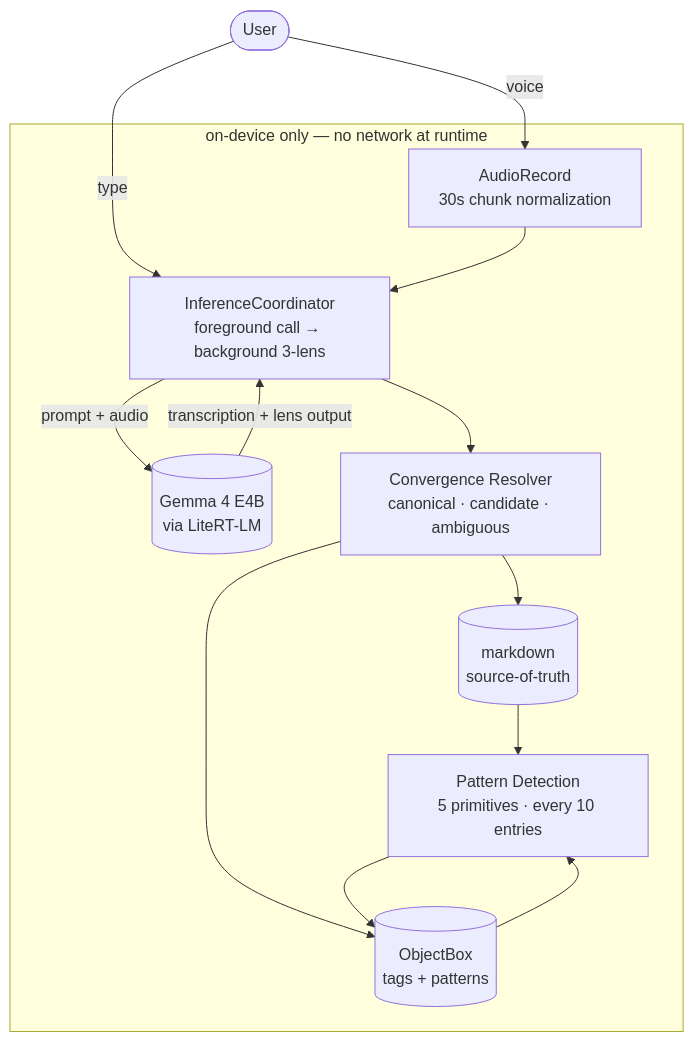
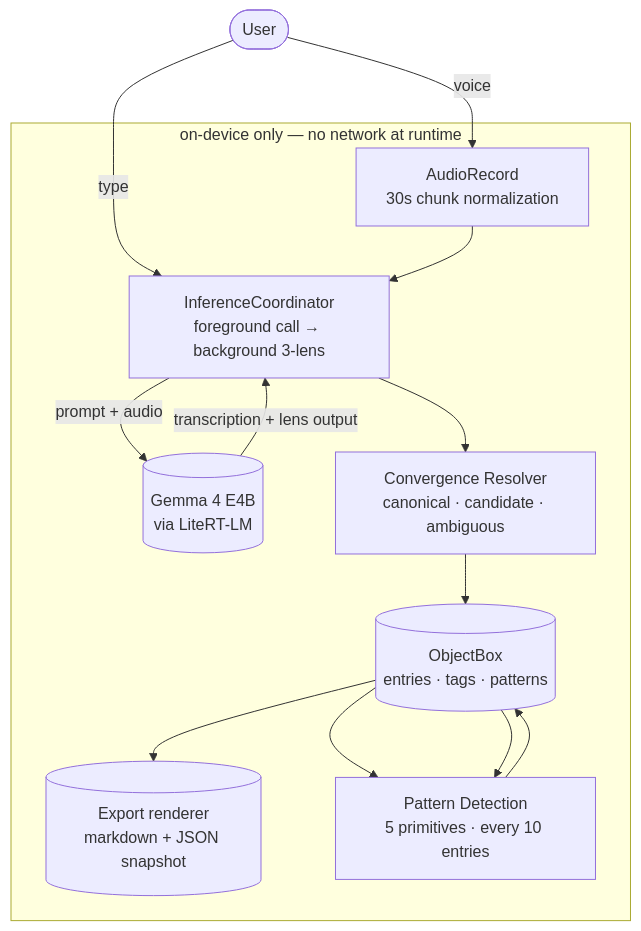
One commit to anchildress1/vestige changed the diagram in README.md. Above: the diagram before and after it, drawn with Mermaid. The commit also changed other lines of this file and 77 other files, not shown here.

First line of the commit message:
feat(storage): make ObjectBox the entry source of truth (#50)

````diff
--- a/README.md
+++ b/README.md
@@ -92,25 +92,25 @@
 ```mermaid
 flowchart TB
     User([User]) -- voice --> Audio
     User -- type --> Coord
 
     subgraph onDevice["on-device only — no network at runtime"]
       Audio["AudioRecord<br/>30s chunk normalization"]
       Coord["InferenceCoordinator<br/>foreground call → background 3-lens"]
       Gemma[("Gemma 4 E4B<br/>via LiteRT-LM")]
       Resolver["Convergence Resolver<br/>canonical · candidate · ambiguous"]
-      Markdown[("markdown<br/>source-of-truth")]
-      ObjectBox[("ObjectBox<br/>tags + patterns")]
+      ObjectBox[("ObjectBox<br/>entries · tags · patterns")]
+      Export[("Export renderer<br/>markdown + JSON snapshot")]
       Patterns["Pattern Detection<br/>5 primitives · every 10 entries"]
 
       Audio --> Coord
       Coord -- "prompt + audio" --> Gemma
       Gemma -- "transcription + lens output" --> Coord
       Coord --> Resolver
-      Resolver --> Markdown
       Resolver --> ObjectBox
-      Markdown --> Patterns
+      ObjectBox --> Patterns
+      ObjectBox --> Export
       ObjectBox --> Patterns
       Patterns --> ObjectBox
     end
 ```
````
